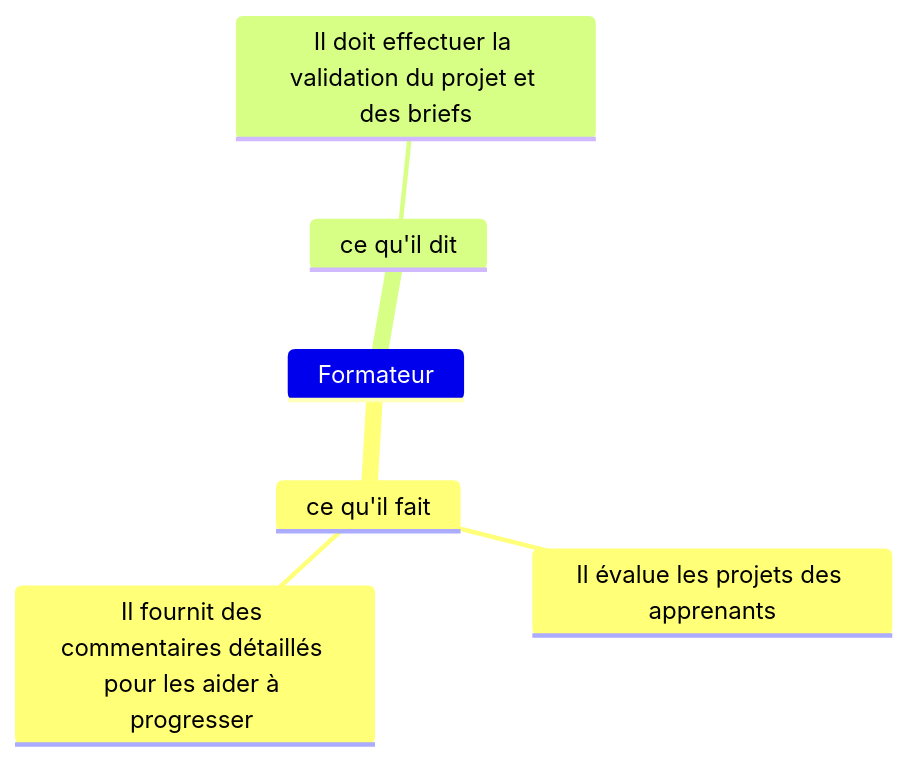
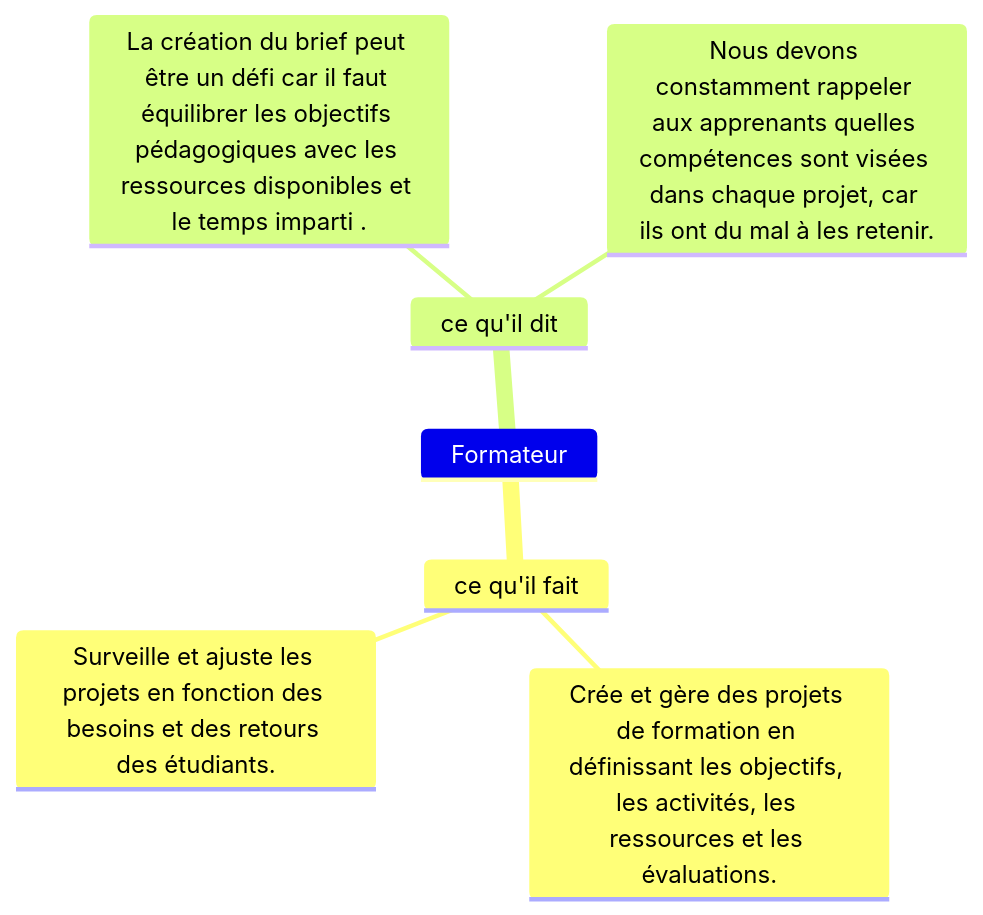
One commit to solicoders/soli-lms changed the diagram in docs/Besoin/pkg_creation_projets/carte-empathie.mmd. Above: the diagram before and after it, drawn with Mermaid. The commit also changed 2 other files, not shown here.

Commit message:
chore: Update Carte d'empathie formateur validation in pkg_creation_projets

```diff
--- a/docs/Besoin/pkg_creation_projets/carte-empathie.mmd
+++ b/docs/Besoin/pkg_creation_projets/carte-empathie.mmd
@@ -1,14 +1,13 @@
 %% @config(../mindmap-config.json)
 mindmap
 Formateur
 
        ce qu'il fait
-        Il évalue les projets des apprenants
-
-        Il fournit des commentaires détaillés pour les aider à progresser 
-
+        Crée et gère des projets de formation en définissant les objectifs, les activités, les ressources et les évaluations.
+        Surveille et ajuste les projets en fonction des besoins et des retours des étudiants.
 
 
       ce qu'il dit
 
-       Il doit effectuer la validation du projet et des briefs
+        La création du brief peut être un défi car il faut équilibrer les objectifs pédagogiques avec les ressources disponibles et le temps imparti .
+        Nous devons constamment rappeler aux apprenants quelles compétences sont visées dans chaque projet, car ils ont du mal à les retenir.
```
